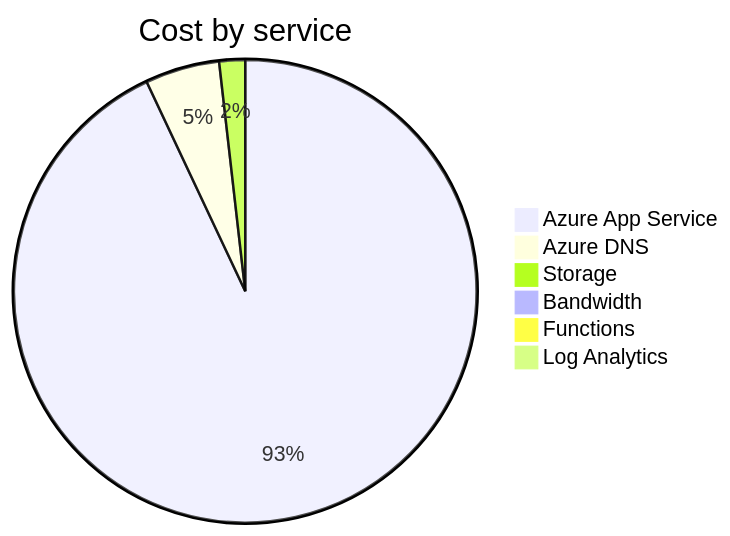
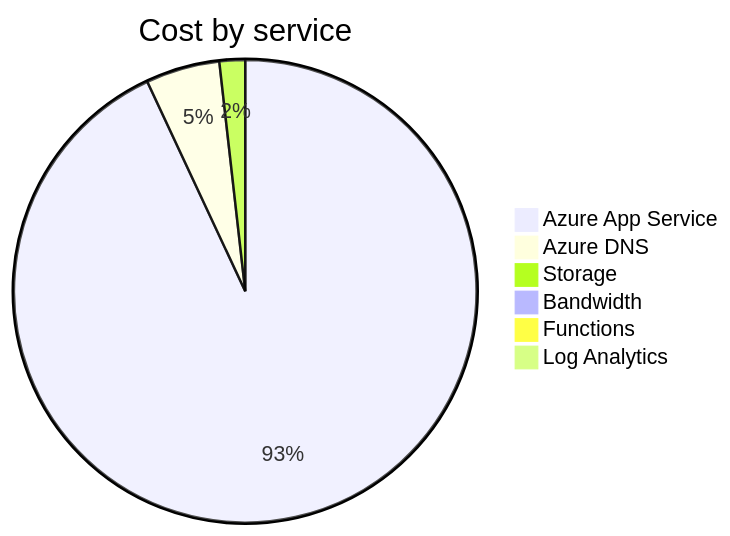
One commit to jpfulton/azure-personal-reports changed the second of 4 diagrams in cost-reports/accumulated-cost.md. Above: the diagram before and after it, drawn with Mermaid. The commit also changed other lines of this file and 4 other files, not shown here.

````diff
--- a/cost-reports/accumulated-cost.md
+++ b/cost-reports/accumulated-cost.md
@@ -100,10 +100,10 @@
 ```mermaid
 pie
    title Cost by service
-   "Azure App Service" : 12.35
-   "Azure DNS" : 0.69
-   "Storage" : 0.24
+   "Azure App Service" : 12.97
+   "Azure DNS" : 0.72
+   "Storage" : 0.25
    "Bandwidth" : 0.00
    "Functions" : 0.00
    "Log Analytics" : 0.00
 ```
````
